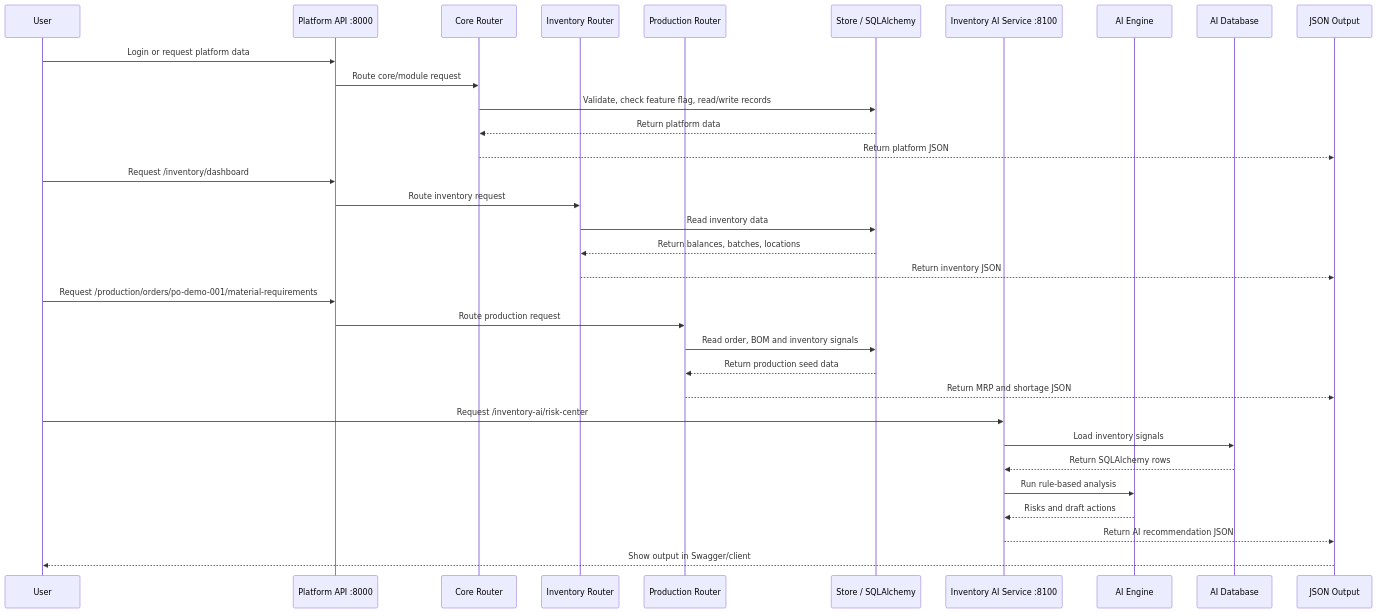
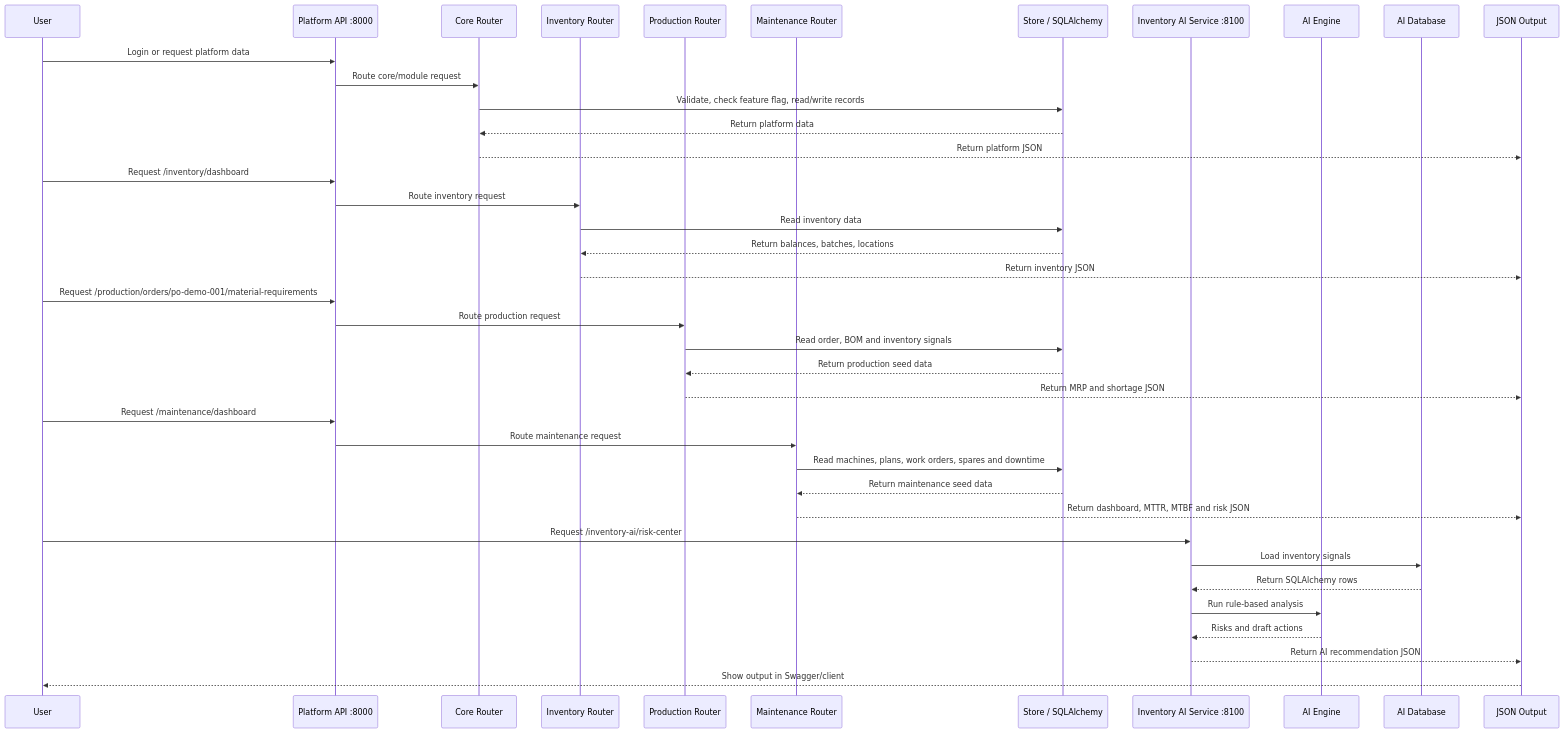
One commit to vinodreddy1999/manufacturing-operations-platform changed the seventh of 8 diagrams in docs/end-to-end-scheme.md. Above: the diagram before and after it, drawn with Mermaid. The commit also changed other lines of this file and 10 other files, not shown here.

````diff
--- a/docs/end-to-end-scheme.md
+++ b/docs/end-to-end-scheme.md
@@ -300,39 +360,46 @@
 ```mermaid
 sequenceDiagram
     participant U as User
     participant P as Platform API :8000
     participant C as Core Router
     participant I as Inventory Router
     participant R as Production Router
+    participant M as Maintenance Router
     participant S as Store / SQLAlchemy
     participant A as Inventory AI Service :8100
     participant E as AI Engine
     participant D as AI Database
     participant O as JSON Output
 
     U->>P: Login or request platform data
     P->>C: Route core/module request
     C->>S: Validate, check feature flag, read/write records
     S-->>C: Return platform data
     C-->>O: Return platform JSON
 
     U->>P: Request /inventory/dashboard
     P->>I: Route inventory request
     I->>S: Read inventory data
     S-->>I: Return balances, batches, locations
     I-->>O: Return inventory JSON
 
     U->>P: Request /production/orders/po-demo-001/material-requirements
     P->>R: Route production request
     R->>S: Read order, BOM and inventory signals
     S-->>R: Return production seed data
     R-->>O: Return MRP and shortage JSON
 
+    U->>P: Request /maintenance/dashboard
+    P->>M: Route maintenance request
+    M->>S: Read machines, plans, work orders, spares and downtime
+    S-->>M: Return maintenance seed data
+    M-->>O: Return dashboard, MTTR, MTBF and risk JSON
+
     U->>A: Request /inventory-ai/risk-center
     A->>D: Load inventory signals
     D-->>A: Return SQLAlchemy rows
     A->>E: Run rule-based analysis
     E-->>A: Risks and draft actions
     A-->>O: Return AI recommendation JSON
     O-->>U: Show output in Swagger/client
 ```
````
